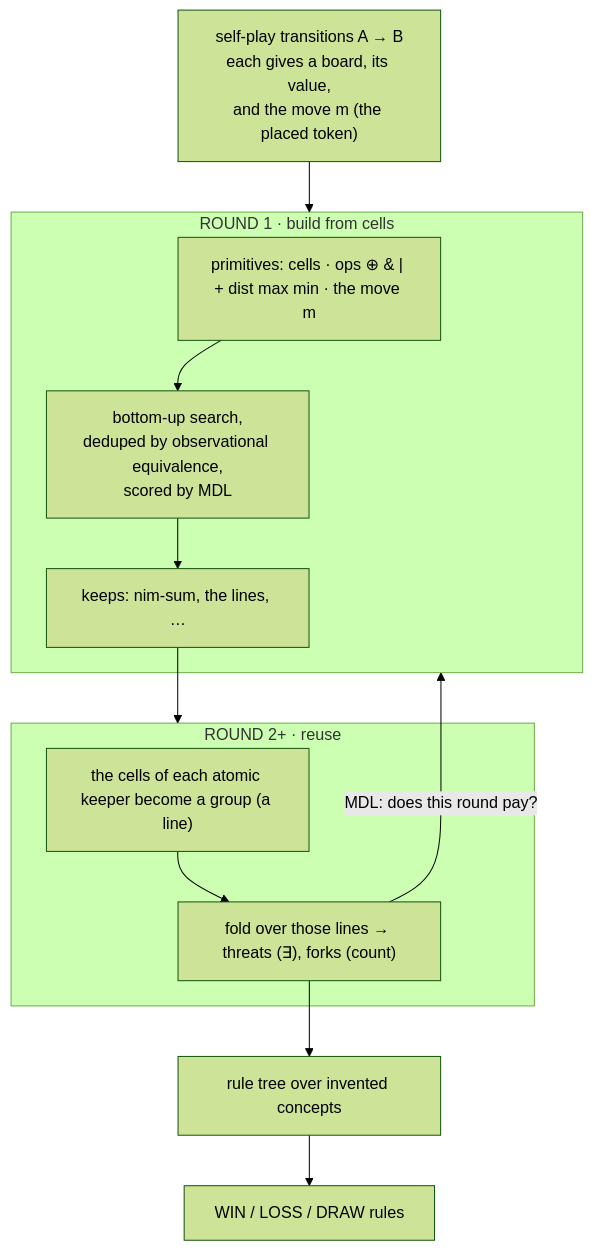
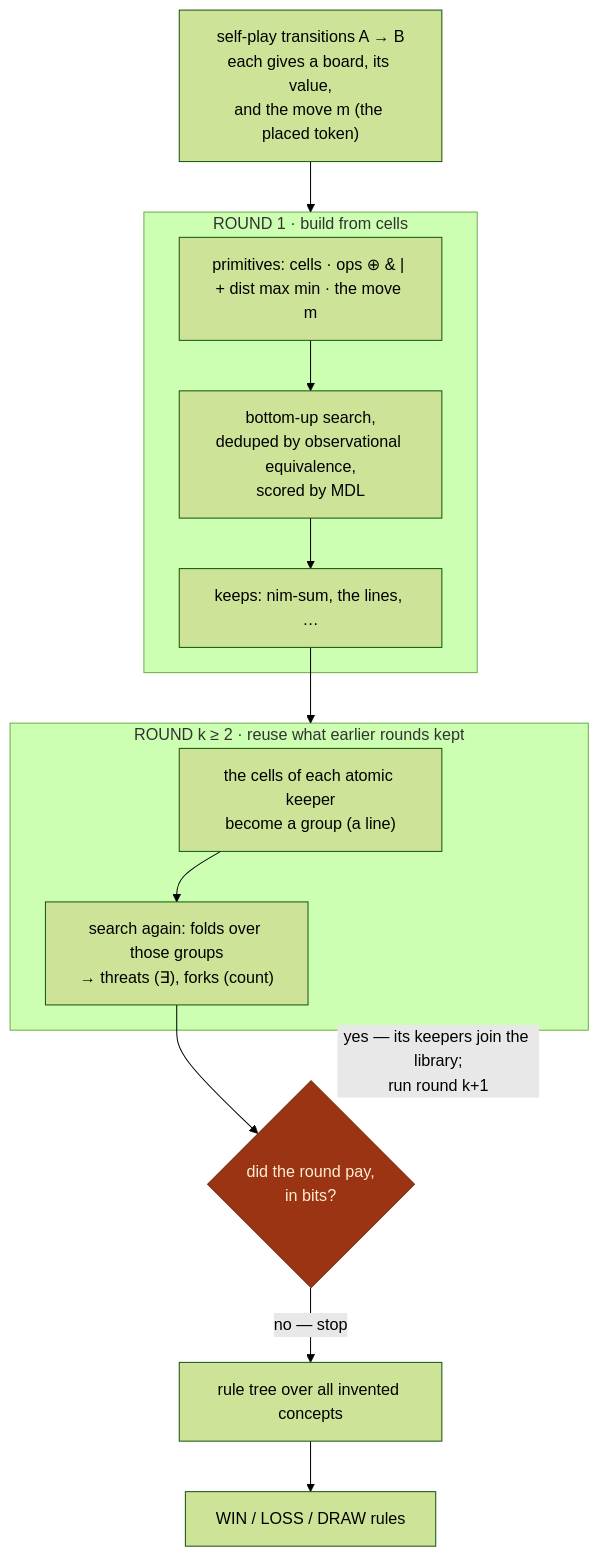
One commit to MatheweB/WiseExplorer changed the first of 3 diagrams in docs/concept-invention.md. Above: the diagram before and after it, drawn with Mermaid (forest theme). The commit also changed other lines of this file and 4 other files, not shown here.

````diff
--- a/docs/concept-invention.md
+++ b/docs/concept-invention.md
@@ -69,15 +88,18 @@
 ```mermaid
 flowchart TD
+    classDef gate fill:#9a3412,stroke:#7c2d12,color:#ffedd5
     D["self-play transitions A → B<br/>each gives a board, its value,<br/>and the move m (the placed token)"] --> R1
     subgraph R1["ROUND 1 · build from cells"]
       P["primitives: cells · ops ⊕ &amp; | + dist max min · the move m"]
       P --> S["bottom-up search,<br/>deduped by observational equivalence,<br/>scored by MDL"]
       S --> L["keeps: nim-sum, the lines, …"]
     end
     L --> R2
-    subgraph R2["ROUND 2+ · reuse"]
-      RU["the cells of each atomic keeper become a group (a line)"] --> C["fold over those lines → threats (∃), forks (count)"]
+    subgraph R2["ROUND k ≥ 2 · reuse what earlier rounds kept"]
+      RU["the cells of each atomic keeper<br/>become a group (a line)"] --> C["search again: folds over those groups<br/>→ threats (∃), forks (count)"]
     end
-    C -->|"MDL: does this round pay?"| R1
-    C --> TR["rule tree over invented concepts"] --> OUT["WIN / LOSS / DRAW rules"]
+    C --> G{"did the round pay,<br/>in bits?"}
+    G -->|"yes — its keepers join the library;<br/>run round k+1"| R2
+    G -->|"no — stop"| TR["rule tree over all invented concepts"] --> OUT["WIN / LOSS / DRAW rules"]
+    class G gate
 ```
````
